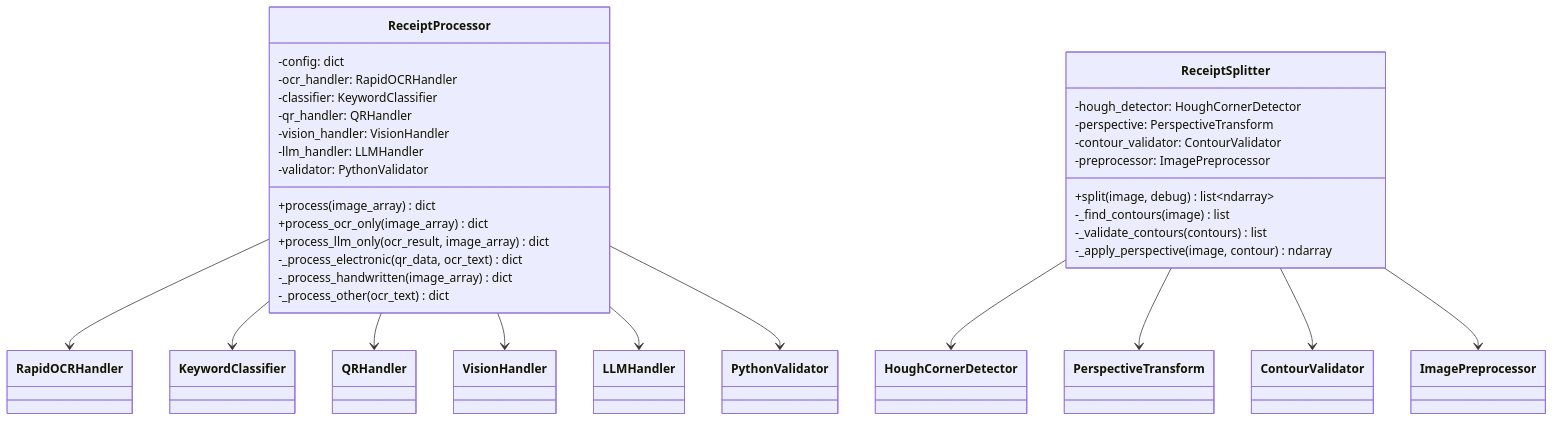
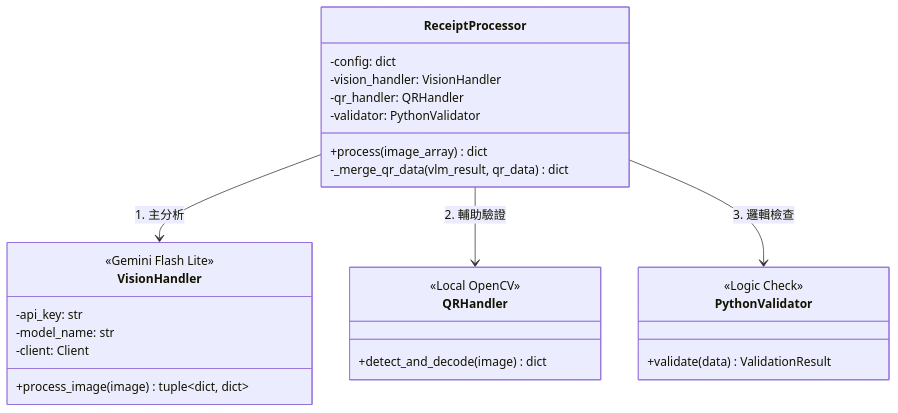
Before and after one commit to Alan2O18/InvoSmart: the second of 4 diagrams in dev_data/plan/backend_class_diagram.md, drawn with Mermaid. The commit also changed other lines of this file and 28 other files, not shown here.

````diff
--- a/dev_data/plan/backend_class_diagram.md
+++ b/dev_data/plan/backend_class_diagram.md
@@ -173,41 +48,33 @@
 ```mermaid
 classDiagram
     class ReceiptProcessor {
         -config: dict
-        -ocr_handler: RapidOCRHandler
-        -classifier: KeywordClassifier
+        -vision_handler: VisionHandler
         -qr_handler: QRHandler
-        -vision_handler: VisionHandler
-        -llm_handler: LLMHandler
         -validator: PythonValidator
         +process(image_array) dict
-        +process_ocr_only(image_array) dict
-        +process_llm_only(ocr_result, image_array) dict
-        -_process_electronic(qr_data, ocr_text) dict
-        -_process_handwritten(image_array) dict
-        -_process_other(ocr_text) dict
+        -_merge_qr_data(vlm_result, qr_data) dict
     }
     
-    class ReceiptSplitter {
-        -hough_detector: HoughCornerDetector
-        -perspective: PerspectiveTransform
-        -contour_validator: ContourValidator
-        -preprocessor: ImagePreprocessor
-        +split(image, debug) list~ndarray~
-        -_find_contours(image) list
-        -_validate_contours(contours) list
-        -_apply_perspective(image, contour) ndarray
+    class VisionHandler {
+        <<Gemini Flash Lite>>
+        -api_key: str
+        -model_name: str
+        -client: Client
+        +process_image(image) tuple~dict, dict~
     }
     
-    ReceiptProcessor --> RapidOCRHandler
-    ReceiptProcessor --> KeywordClassifier
-    ReceiptProcessor --> QRHandler
-    ReceiptProcessor --> VisionHandler
-    ReceiptProcessor --> LLMHandler
-    ReceiptProcessor --> PythonValidator
+    class QRHandler {
+        <<Local OpenCV>>
+        +detect_and_decode(image) dict
+    }
     
-    ReceiptSplitter --> HoughCornerDetector
-    ReceiptSplitter --> PerspectiveTransform
-    ReceiptSplitter --> ContourValidator
-    ReceiptSplitter --> ImagePreprocessor
+    class PythonValidator {
+        <<Logic Check>>
+        +validate(data) ValidationResult
+    }
+    
+    ReceiptProcessor --> VisionHandler : 1. 主分析
+    ReceiptProcessor --> QRHandler : 2. 輔助驗證
+    ReceiptProcessor --> PythonValidator : 3. 邏輯檢查
 ```
````
